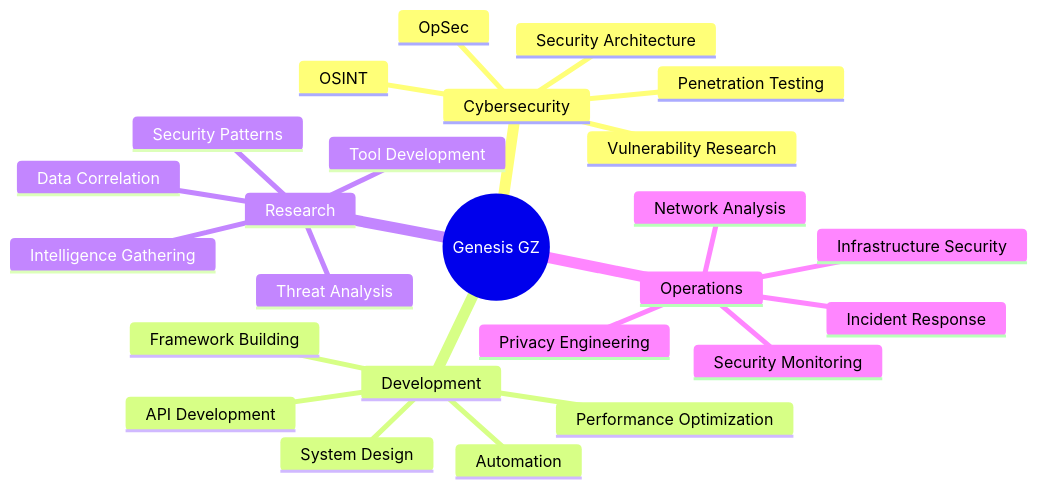
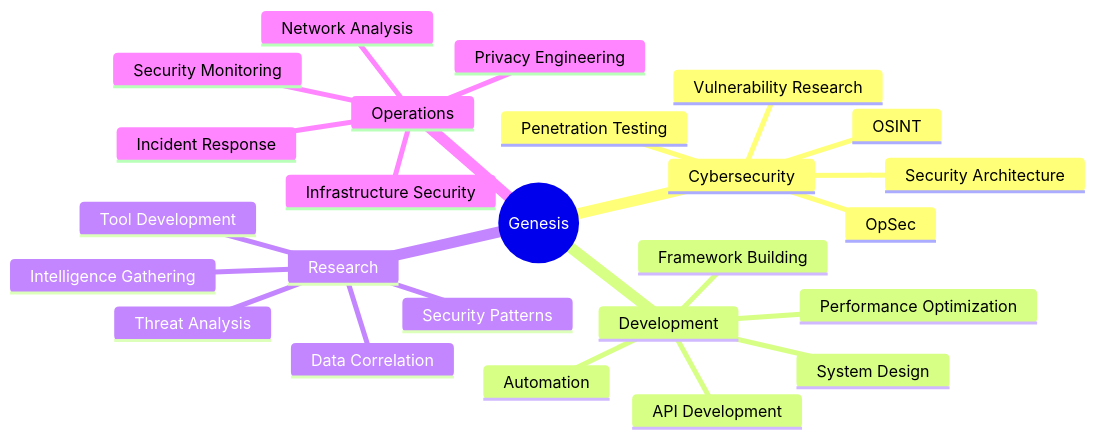
Before and after one commit to genesisgzdev/genesisgzdev: the diagram in README.md, drawn with Mermaid. The commit also changed other lines of this file, not shown here.

````diff
--- a/README.md
+++ b/README.md
@@ -187,28 +187,28 @@
 ```mermaid
 mindmap
-  root((Genesis GZ))
+  root((Genesis))
     Cybersecurity
       OSINT
       Penetration Testing
       Security Architecture
       Vulnerability Research
       OpSec
     Development
       System Design
       API Development
       Automation
       Framework Building
       Performance Optimization
     Research
       Intelligence Gathering
       Data Correlation
       Threat Analysis
       Tool Development
       Security Patterns
     Operations
       Infrastructure Security
       Network Analysis
       Incident Response
       Security Monitoring
       Privacy Engineering
 ```
````
